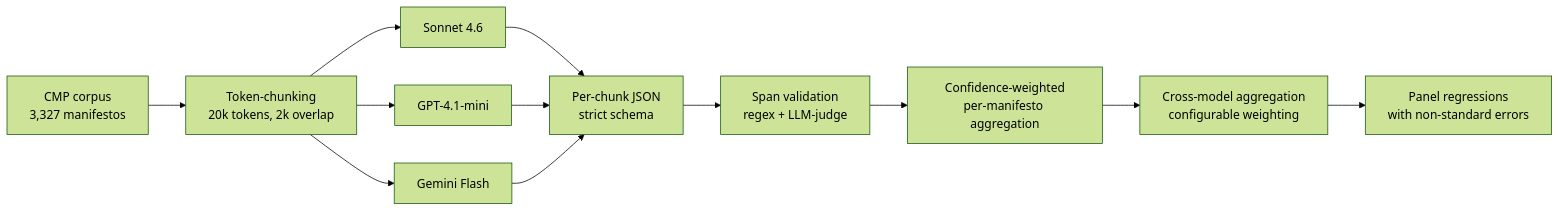
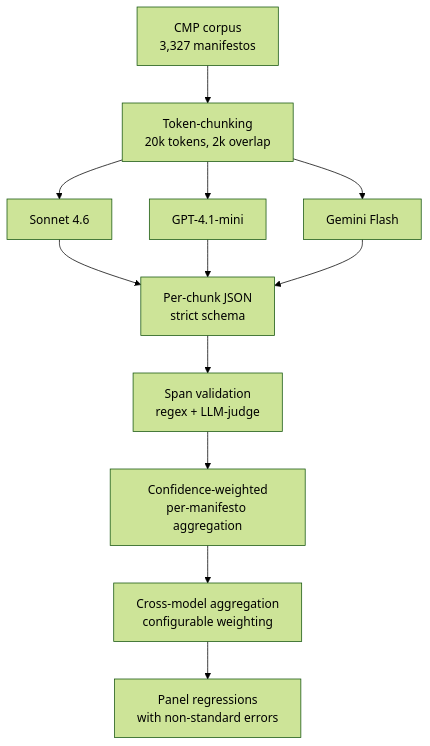
The diagram in methodology.qmd (sstoeckl/populism-llm), drawn with Mermaid (forest theme) before and after one commit. The commit also changed other lines of this file and 28 other files, not shown here.

````diff
--- a/methodology.qmd
+++ b/methodology.qmd
@@ -8,14 +18,15 @@
 ```{mermaid}
-flowchart LR
+%%| fig-width: 7
+flowchart TB
     A[CMP corpus<br/>3,327 manifestos] --> B[Token-chunking<br/>20k tokens, 2k overlap]
     B --> C1[Sonnet 4.6]
     B --> C2[GPT-4.1-mini]
     B --> C3[Gemini Flash]
     C1 --> D[Per-chunk JSON<br/>strict schema]
     C2 --> D
     C3 --> D
     D --> E[Span validation<br/>regex + LLM-judge]
     E --> F[Confidence-weighted<br/>per-manifesto aggregation]
     F --> G[Cross-model aggregation<br/>configurable weighting]
     G --> H[Panel regressions<br/>with non-standard errors]
 ```
````
